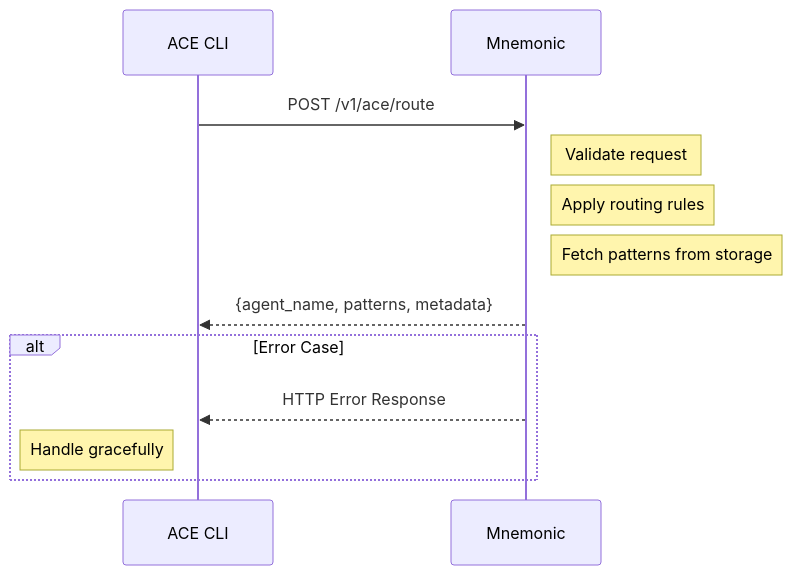
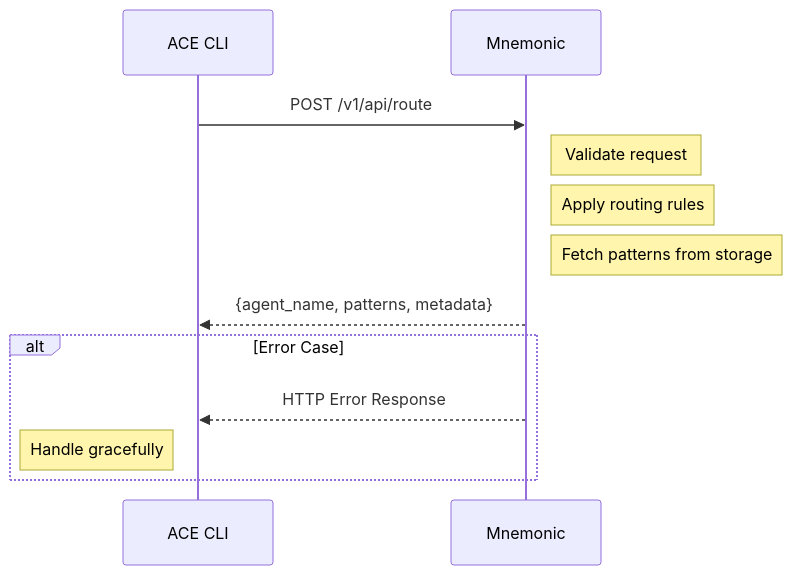
The second of 8 diagrams in docs/architecture/04-communication-patterns.md (twistingmercury/mnemonic-mcp), drawn with Mermaid before and after one commit. The commit also changed other lines of this file and 10 other files, not shown here.

Commit message:
aligning design with architecture using rlm agent

````diff
--- a/docs/architecture/04-communication-patterns.md
+++ b/docs/architecture/04-communication-patterns.md
@@ -52,16 +52,16 @@
 ```mermaid
 sequenceDiagram
     participant CLI as ACE CLI
     participant MN as Mnemonic
 
-    CLI->>MN: POST /v1/ace/route
+    CLI->>MN: POST /v1/api/route
     Note right of MN: Validate request
     Note right of MN: Apply routing rules
     Note right of MN: Fetch patterns from storage
     MN-->>CLI: {agent_name, patterns, metadata}
 
     alt Error Case
         MN-->>CLI: HTTP Error Response
         Note left of CLI: Handle gracefully
     end
 ```
````
